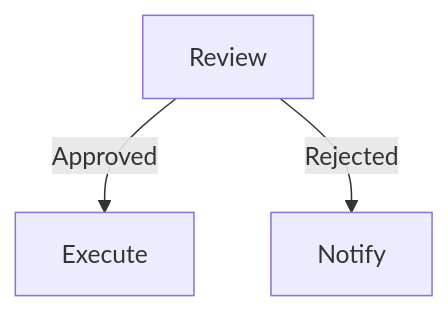
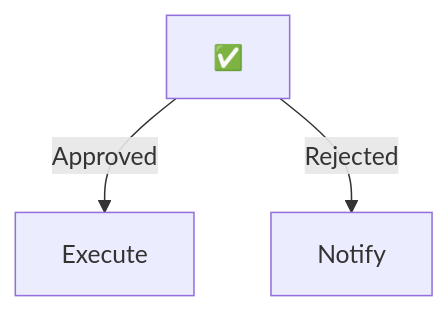
One commit to PragadeeshM1608/Discrete-Mathematics-and-Its-Applications changed the diagram in CONTRIBUTING.md. Above: the diagram before and after it, drawn with Mermaid.

````diff
--- a/CONTRIBUTING.md
+++ b/CONTRIBUTING.md
@@ -16,6 +16,6 @@
 ```mermaid
 graph TD
 Review
 Review -->|Approved| Execute
-Review -->|Rejected| Notify
+Review[✅] -->|Rejected| Notify
 ``` 
````
